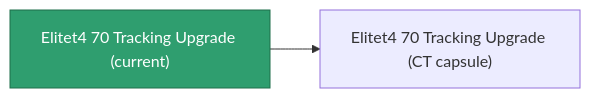
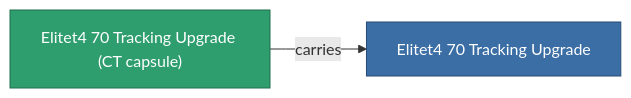
Before and after one commit to OpenPerpetuum/Wiki: the diagram in content/content/items/elitet4_70_tracking_upgrade.md, drawn with Mermaid. The commit also changed other lines of this file and 2015 other files, not shown here.

````diff
--- a/content/content/items/elitet4_70_tracking_upgrade.md
+++ b/content/content/items/elitet4_70_tracking_upgrade.md
@@ -37,8 +37,9 @@
 ```mermaid
 graph LR
-    a["Elitet4 70 Tracking Upgrade (current)"]:::current
-    b["Elitet4 70 Tracking Upgrade (CT capsule)"]
-    a --> b
-    click b "/content/items/elitet4-70-tracking-upgrade-ct-capsule/" "Elitet4 70 Tracking Upgrade (CT capsule)"
+    a["Elitet4 70 Tracking Upgrade (CT capsule)"]:::current
+    b["Elitet4 70 Tracking Upgrade"]:::finished
+    a -->|carries| b
+                click b "/content/items/elitet4-70-tracking-upgrade/" "Elitet4 70 Tracking Upgrade"
     classDef current fill:#2f9e6f,stroke:#1f6f4a,color:#ffffff
+    classDef finished fill:#3b6ea5,stroke:#274a75,color:#ffffff
 ```
````
